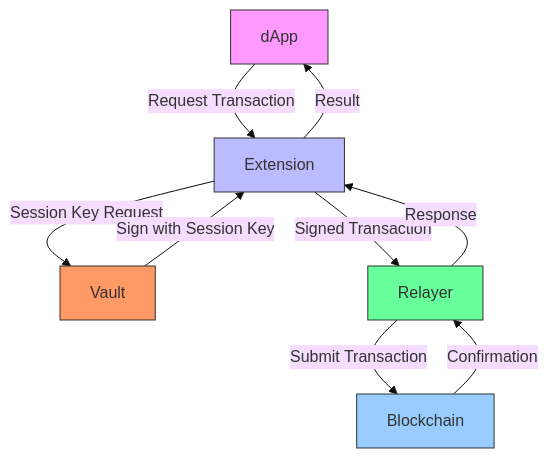
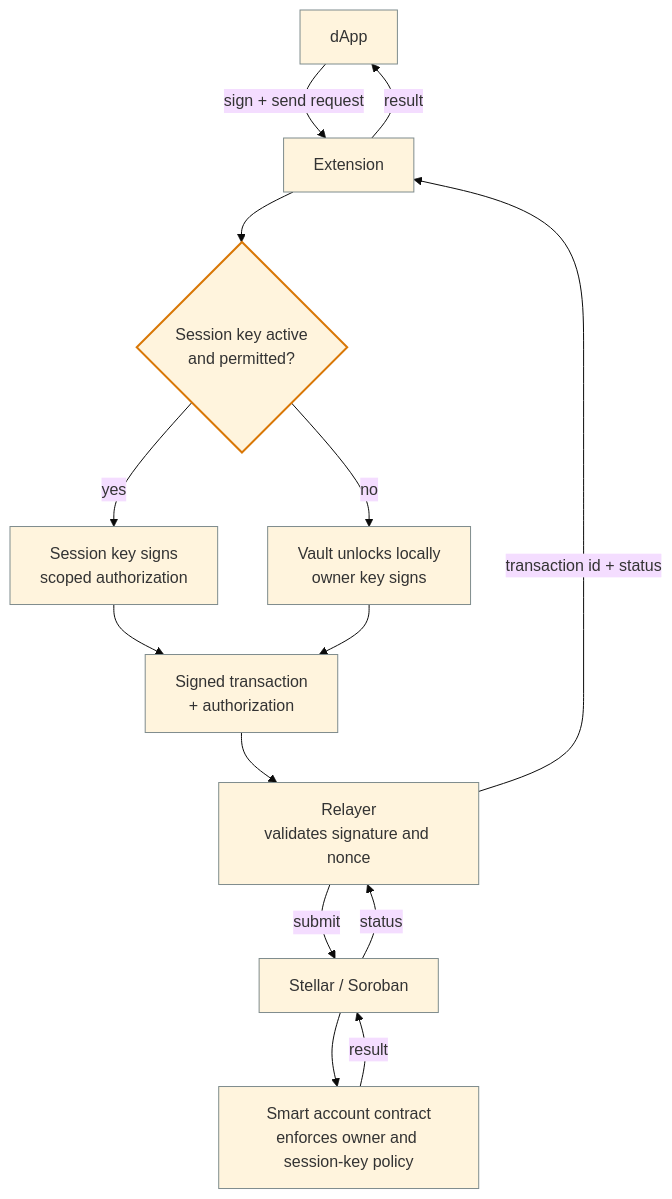
The diagram in docs/architecture/flow.md (ancore-org/ancore), drawn with Mermaid (base theme) before and after one commit. The commit also changed other lines of this file and 2 other files, not shown here.

First line of the commit message:
docs(architecture): make the flow diagram theme-safe and show the signing branch

````diff
--- a/docs/architecture/flow.md
+++ b/docs/architecture/flow.md
@@ -5,17 +7,21 @@
 ```mermaid
 graph TD
-    A[dApp] -->|Request Transaction| B[Extension]
-    B -->|Session Key Request| C[Vault]
-    C -->|Sign with Session Key| B
-    B -->|Signed Transaction| D[Relayer]
-    D -->|Submit Transaction| E[Blockchain]
-    E -->|Confirmation| D
-    D -->|Response| B
-    B -->|Result| A
+    A[dApp] -->|sign + send request| B[Extension]
+    B --> C{Session key active<br/>and permitted?}
+    C -->|yes| D[Session key signs<br/>scoped authorization]
+    C -->|no| E[Vault unlocks locally<br/>owner key signs]
+    D --> F[Signed transaction<br/>+ authorization]
+    E --> F
+    F --> G[Relayer<br/>validates signature and nonce]
+    G -->|submit| H[Stellar / Soroban]
+    H --> I[Smart account contract<br/>enforces owner and session-key policy]
+    I -->|result| H
+    H -->|status| G
+    G -->|transaction id + status| B
+    B -->|result| A
 
-    style A fill:#f9f,stroke:#333
-    style B fill:#bbf,stroke:#333
-    style C fill:#f96,stroke:#333
-    style D fill:#6f9,stroke:#333
-    style E fill:#9cf,stroke:#333
+    classDef component stroke:#7f8c8d,stroke-width:1px;
+    classDef decision stroke:#d97706,stroke-width:2px;
+    class A,B,D,E,F,G,H,I component;
+    class C decision;
 ```
````
